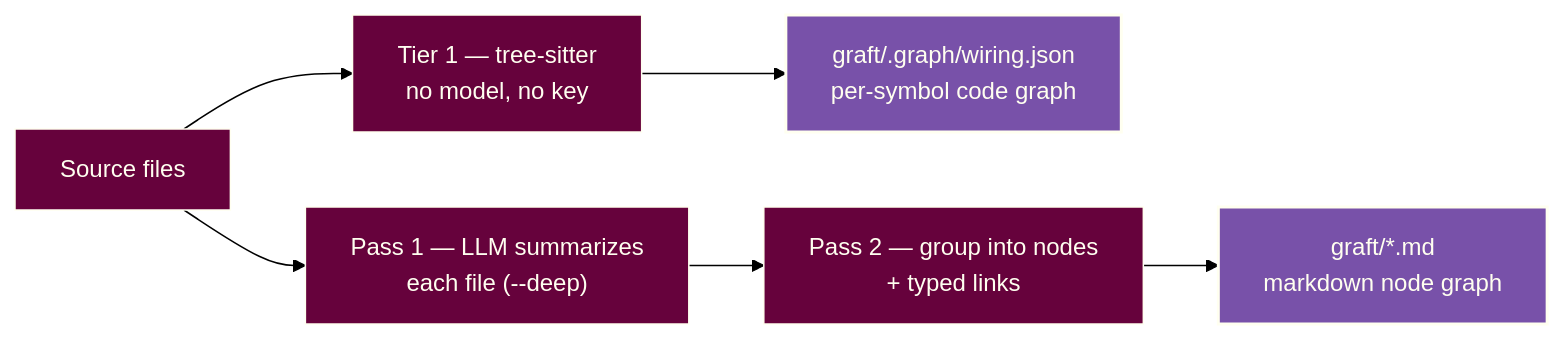
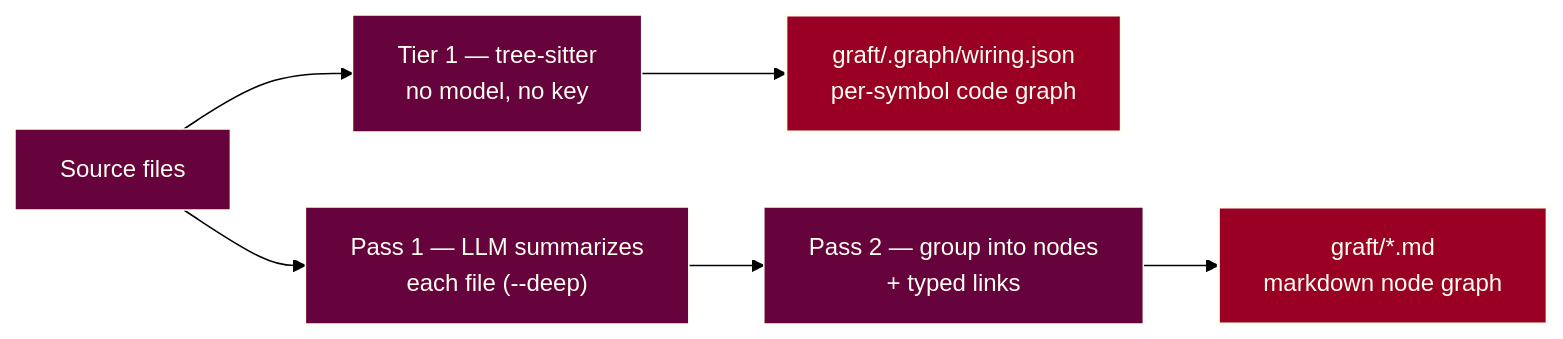
Before and after one commit to ryanduguid/Graft: the diagram in README.md, drawn with Mermaid.

Commit message:
docs: match Mermaid accents to website palette (#4)
Replace #7851A9 with #990024 in Mermaid diagrams.

````diff
--- a/README.md
+++ b/README.md
@@ -186,11 +186,11 @@
 ```mermaid
 flowchart LR
 %%{init: {"theme": "base", "look": "classic", "themeVariables": {"background": "#000000", "primaryColor": "#66023C", "primaryTextColor": "#FFFFF0", "primaryBorderColor": "#FFFFF0", "lineColor": "#000000", "textColor": "#FFFFF0", "edgeLabelBackground": "#000000", "clusterBkg": "#000000", "clusterBorder": "#FFFFF0", "titleColor": "#FFFFF0"}, "themeCSS": ".flowchart-link, .relationshipLine, marker path { filter: drop-shadow(0px 1px 0px #FFFFF0) drop-shadow(0px -1px 0px #FFFFF0) drop-shadow(1px 0px 0px #FFFFF0) drop-shadow(-1px 0px 0px #FFFFF0); }"}}%%
     S[Source files] --> T["Tier 1 — tree-sitter<br/>no model, no key"]
     S --> P1["Pass 1 — LLM summarizes<br/>each file (--deep)"]
     T --> W["graft/.graph/wiring.json<br/>per-symbol code graph"]
     P1 --> P2["Pass 2 — group into nodes<br/>+ typed links"]
     P2 --> N["graft/*.md<br/>markdown node graph"]
-    style W fill:#7851A9,stroke:#FFFFF0,stroke-width:2px,color:#FFFFF0
-    style N fill:#7851A9,stroke:#FFFFF0,stroke-width:2px,color:#FFFFF0
+    style W fill:#990024,stroke:#FFFFF0,stroke-width:2px,color:#FFFFF0
+    style N fill:#990024,stroke:#FFFFF0,stroke-width:2px,color:#FFFFF0
 ```
````
